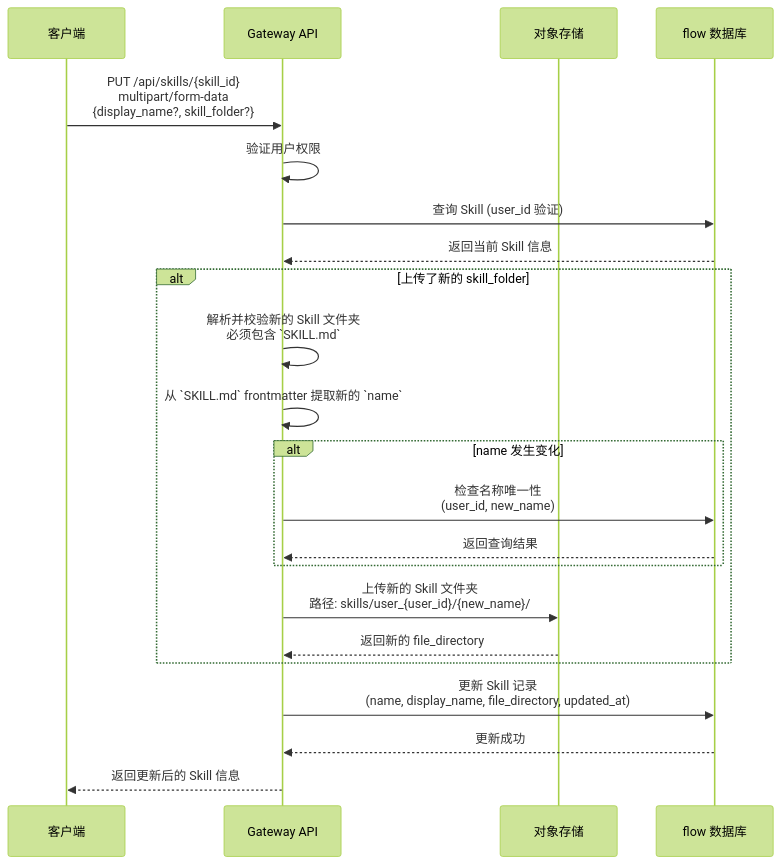
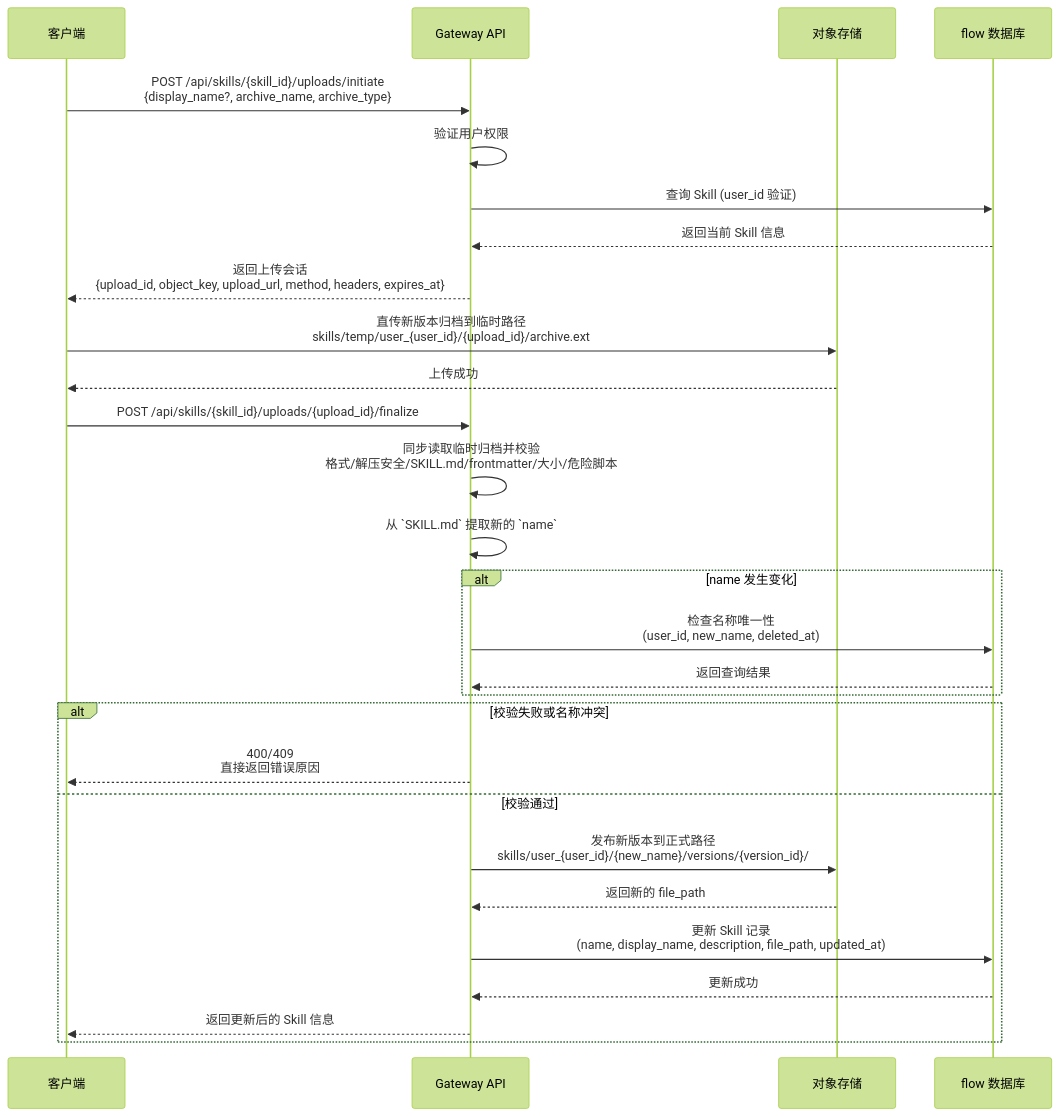
One commit to early-chinese-civilization/deer-flow changed the eighth of 14 diagrams in DeerFlow接口时序图.md. Above: the diagram before and after it, drawn with Mermaid (forest theme). The commit also changed other lines of this file and 4 other files, not shown here.

````diff
--- a/DeerFlow接口时序图.md
+++ b/DeerFlow接口时序图.md
@@ -247,31 +268,39 @@
 ```mermaid
 sequenceDiagram
     participant Client as 客户端
     participant Gateway as Gateway API
     participant OSS as 对象存储
     participant DB as flow 数据库
     
-    Client->>Gateway: PUT /api/skills/{skill_id}<br/>multipart/form-data<br/>{display_name?, skill_folder?}
+    Client->>Gateway: POST /api/skills/{skill_id}/uploads/initiate<br/>{display_name?, archive_name, archive_type}
     Gateway->>Gateway: 验证用户权限
     
     Gateway->>DB: 查询 Skill (user_id 验证)
     DB-->>Gateway: 返回当前 Skill 信息
     
-    alt 上传了新的 skill_folder
-        Gateway->>Gateway: 解析并校验新的 Skill 文件夹<br/>必须包含 `SKILL.md`
-        Gateway->>Gateway: 从 `SKILL.md` frontmatter 提取新的 `name`
-        
-        alt name 发生变化
-            Gateway->>DB: 检查名称唯一性<br/>(user_id, new_name)
-            DB-->>Gateway: 返回查询结果
-        end
-        
-        Gateway->>OSS: 上传新的 Skill 文件夹<br/>路径: skills/user_{user_id}/{new_name}/
-        OSS-->>Gateway: 返回新的 file_directory
+    Gateway-->>Client: 返回上传会话<br/>{upload_id, object_key, upload_url, method, headers, expires_at}
+    
+    Client->>OSS: 直传新版本归档到临时路径<br/>skills/temp/user_{user_id}/{upload_id}/archive.ext
+    OSS-->>Client: 上传成功
+    
+    Client->>Gateway: POST /api/skills/{skill_id}/uploads/{upload_id}/finalize
+    Gateway->>Gateway: 同步读取临时归档并校验<br/>格式/解压安全/SKILL.md/frontmatter/大小/危险脚本
+    Gateway->>Gateway: 从 `SKILL.md` 提取新的 `name`
+    
+    alt name 发生变化
+        Gateway->>DB: 检查名称唯一性<br/>(user_id, new_name, deleted_at)
+        DB-->>Gateway: 返回查询结果
     end
     
-    Gateway->>DB: 更新 Skill 记录<br/>(name, display_name, file_directory, updated_at)
-    DB-->>Gateway: 更新成功
-    
-    Gateway-->>Client: 返回更新后的 Skill 信息
+    alt 校验失败或名称冲突
+        Gateway-->>Client: 400/409<br/>直接返回错误原因
+    else 校验通过
+        Gateway->>OSS: 发布新版本到正式路径<br/>skills/user_{user_id}/{new_name}/versions/{version_id}/
+        OSS-->>Gateway: 返回新的 file_path
+        
+        Gateway->>DB: 更新 Skill 记录<br/>(name, display_name, description, file_path, updated_at)
+        DB-->>Gateway: 更新成功
+        
+        Gateway-->>Client: 返回更新后的 Skill 信息
+    end
 ```
````
